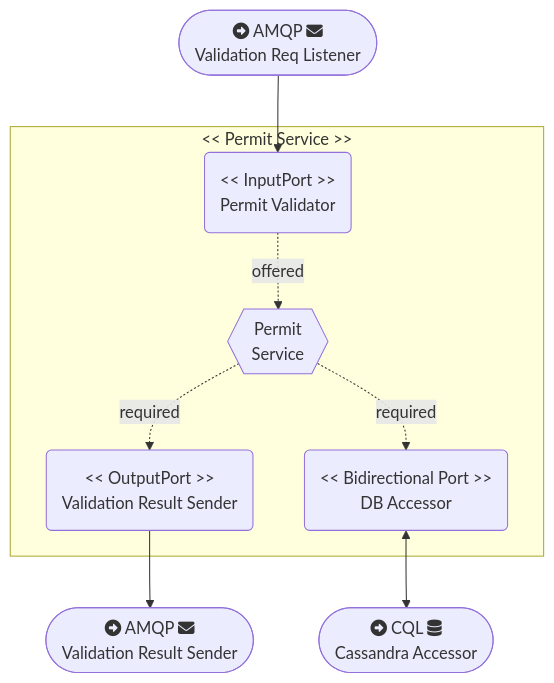
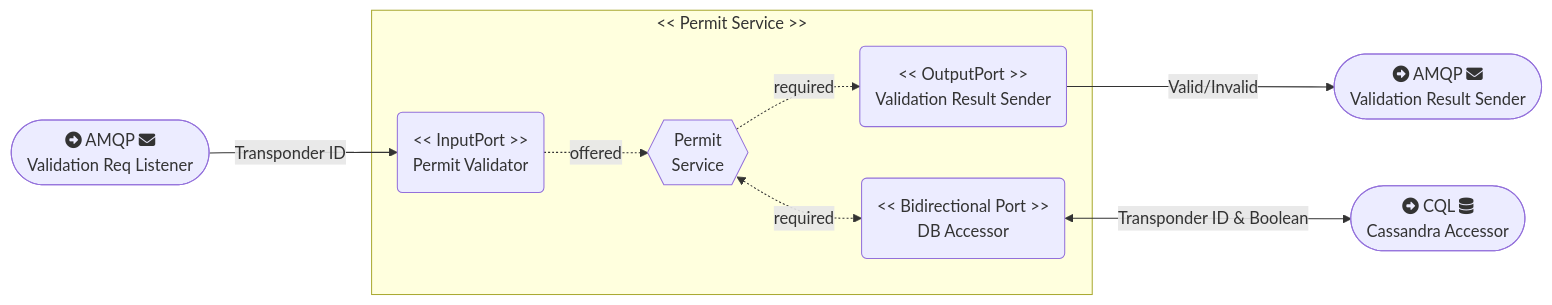
Before and after one commit to jingwenshi-dev/Microservice-Parking-System: the diagram in diagram/permit-service-flowchart.mmd, drawn with Mermaid. The commit also changed 3 other files, not shown here.

Commit message:
Update diagrams

```diff
--- a/diagram/permit-service-flowchart.mmd
+++ b/diagram/permit-service-flowchart.mmd
@@ -1,20 +1,20 @@
-flowchart
+flowchart LR
 
     AMQPValidationReqListener([fa:fa-circle-right AMQP fa:fa-envelope<br> Validation Req Listener])
     AMQPValidationResultSender([fa:fa-circle-right AMQP fa:fa-envelope<br> Validation Result Sender])
     CassandraAccessor([fa:fa-circle-right CQL fa:fa-database<br> Cassandra Accessor])
 
     subgraph "<< Permit Service >>"
         PermitValidator("<< InputPort >><br> Permit Validator")
         PermitValidationResultSender("<< OutputPort >><br> Validation Result Sender")
         PermitDBAccessor("<< Bidirectional Port >><br> DB Accessor")
         PERMIT_SERVICE{{"Permit <br> Service"}}
     end
 
-    AMQPValidationReqListener --> PermitValidator
-    PermitValidationResultSender --> AMQPValidationResultSender
-    PermitDBAccessor <--> CassandraAccessor
+    AMQPValidationReqListener -- Transponder ID --> PermitValidator
+    PermitValidationResultSender -- Valid/Invalid --> AMQPValidationResultSender
+    PermitDBAccessor <-- Transponder ID & Boolean --> CassandraAccessor
 
     PermitValidator -. offered .-> PERMIT_SERVICE
     PERMIT_SERVICE -. required .-> PermitValidationResultSender
-    PERMIT_SERVICE -. required .-> PermitDBAccessor
+    PERMIT_SERVICE <-. required .-> PermitDBAccessor
```
